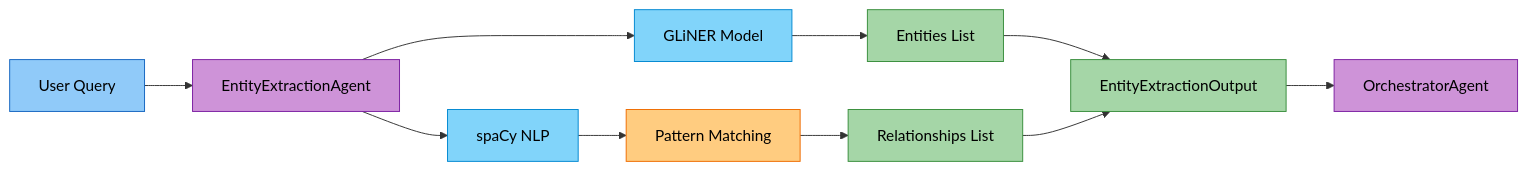
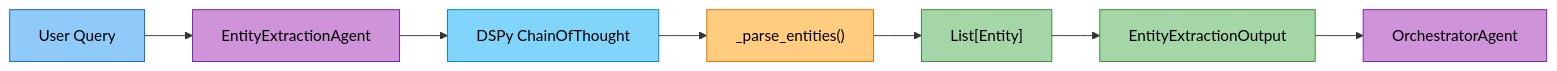
The sixth of 20 diagrams in docs/modules/agents.md (amit-jain/cogniverse), drawn with Mermaid before and after one commit. The commit also changed other lines of this file and 137 other files, not shown here.

````diff
--- a/docs/modules/agents.md
+++ b/docs/modules/agents.md
@@ -1069,26 +1053,20 @@
 ```mermaid
 flowchart LR
     Query["<span style='color:#000'>User Query</span>"] --> EntityAgent["<span style='color:#000'>EntityExtractionAgent</span>"]
 
-    EntityAgent --> GLiNER["<span style='color:#000'>GLiNER Model</span>"]
-    GLiNER --> Entities["<span style='color:#000'>Entities List</span>"]
-
-    EntityAgent --> SpaCy["<span style='color:#000'>spaCy NLP</span>"]
-    SpaCy --> Patterns["<span style='color:#000'>Pattern Matching</span>"]
-    Patterns --> Relationships["<span style='color:#000'>Relationships List</span>"]
+    EntityAgent --> DSPy["<span style='color:#000'>DSPy ChainOfThought</span>"]
+    DSPy --> ParseEntities["<span style='color:#000'>_parse_entities()</span>"]
+    ParseEntities --> Entities["<span style='color:#000'>List[Entity]</span>"]
 
     Entities --> Output["<span style='color:#000'>EntityExtractionOutput</span>"]
-    Relationships --> Output
 
     Output --> Orchestrator["<span style='color:#000'>OrchestratorAgent</span>"]
 
     style Query fill:#90caf9,stroke:#1565c0,color:#000
     style EntityAgent fill:#ce93d8,stroke:#7b1fa2,color:#000
-    style GLiNER fill:#81d4fa,stroke:#0288d1,color:#000
-    style SpaCy fill:#81d4fa,stroke:#0288d1,color:#000
+    style DSPy fill:#81d4fa,stroke:#0288d1,color:#000
+    style ParseEntities fill:#ffcc80,stroke:#ef6c00,color:#000
     style Entities fill:#a5d6a7,stroke:#388e3c,color:#000
-    style Patterns fill:#ffcc80,stroke:#ef6c00,color:#000
-    style Relationships fill:#a5d6a7,stroke:#388e3c,color:#000
     style Output fill:#a5d6a7,stroke:#388e3c,color:#000
     style Orchestrator fill:#ce93d8,stroke:#7b1fa2,color:#000
 ```
````
